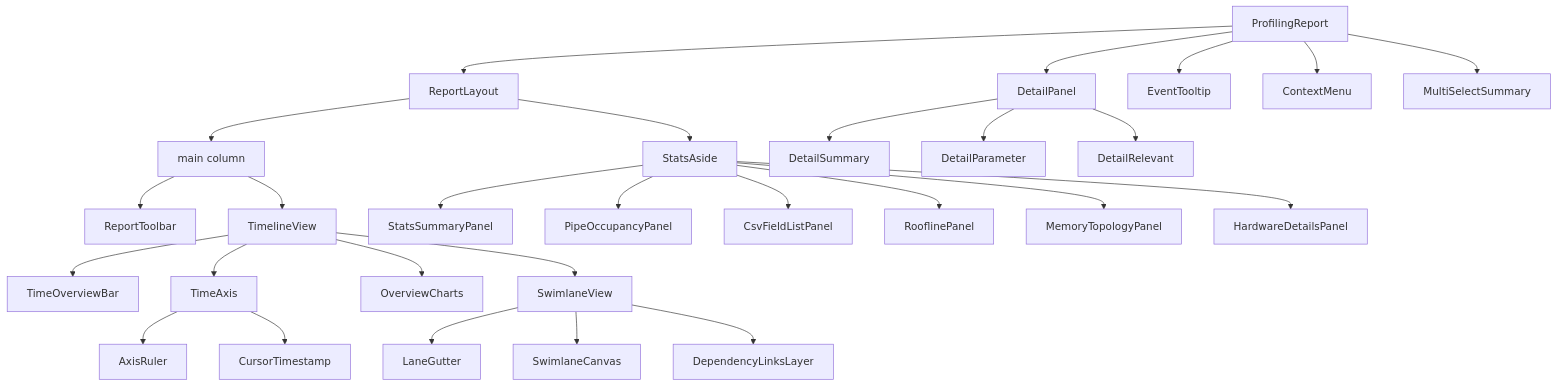
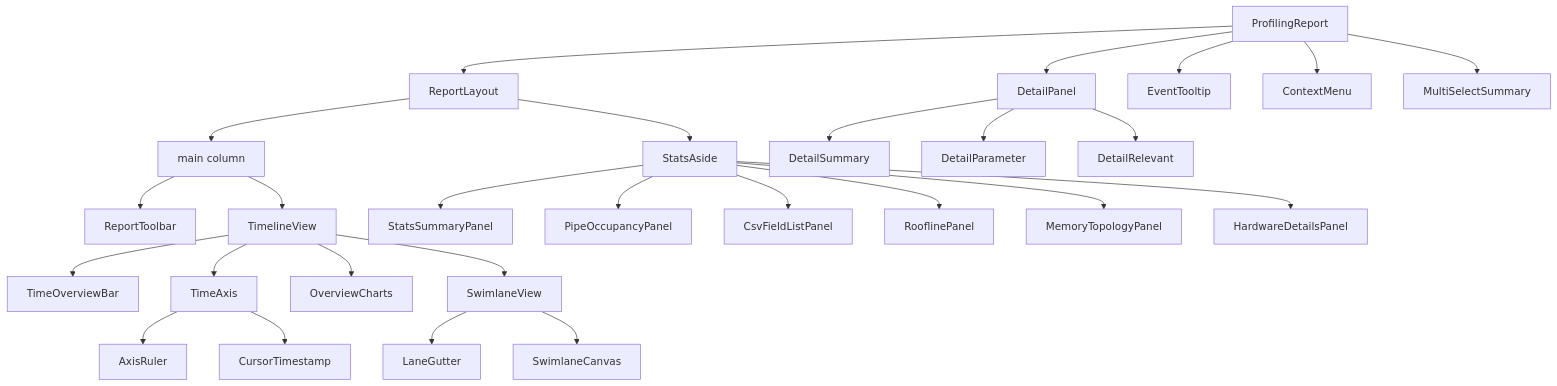
One commit to IdeFrontend/profiling-report changed the diagram in src/ui/COMPONENT_TREE.md. Above: the diagram before and after it, drawn with Mermaid. The commit also changed 12 other files, not shown here.

````diff
--- a/src/ui/COMPONENT_TREE.md
+++ b/src/ui/COMPONENT_TREE.md
@@ -9,31 +9,30 @@
 ```mermaid
 flowchart TB
   root[ProfilingReport]
   root --> layout[ReportLayout]
   root --> detail[DetailPanel]
   root --> tip[EventTooltip]
   root --> menu[ContextMenu]
   root --> multi[MultiSelectSummary]
   layout --> mainCol[main column]
   layout --> aside[StatsAside]
   mainCol --> toolbar[ReportToolbar]
   mainCol --> timeline[TimelineView]
   timeline --> overviewBar[TimeOverviewBar]
   timeline --> timeAxis[TimeAxis]
   timeAxis --> ruler[AxisRuler]
   timeAxis --> cursor[CursorTimestamp]
   timeline --> overviewCharts[OverviewCharts]
   timeline --> swim[SwimlaneView]
   swim --> gutter[LaneGutter]
   swim --> canvas[SwimlaneCanvas]
-  swim --> deps[DependencyLinksLayer]
   aside --> summary[StatsSummaryPanel]
   aside --> pipe[PipeOccupancyPanel]
   aside --> csv[CsvFieldListPanel]
   aside --> roof[RooflinePanel]
   aside --> mem[MemoryTopologyPanel]
   aside --> hw[HardwareDetailsPanel]
   detail --> dsum[DetailSummary]
   detail --> dparam[DetailParameter]
   detail --> drel[DetailRelevant]
 ```
````
